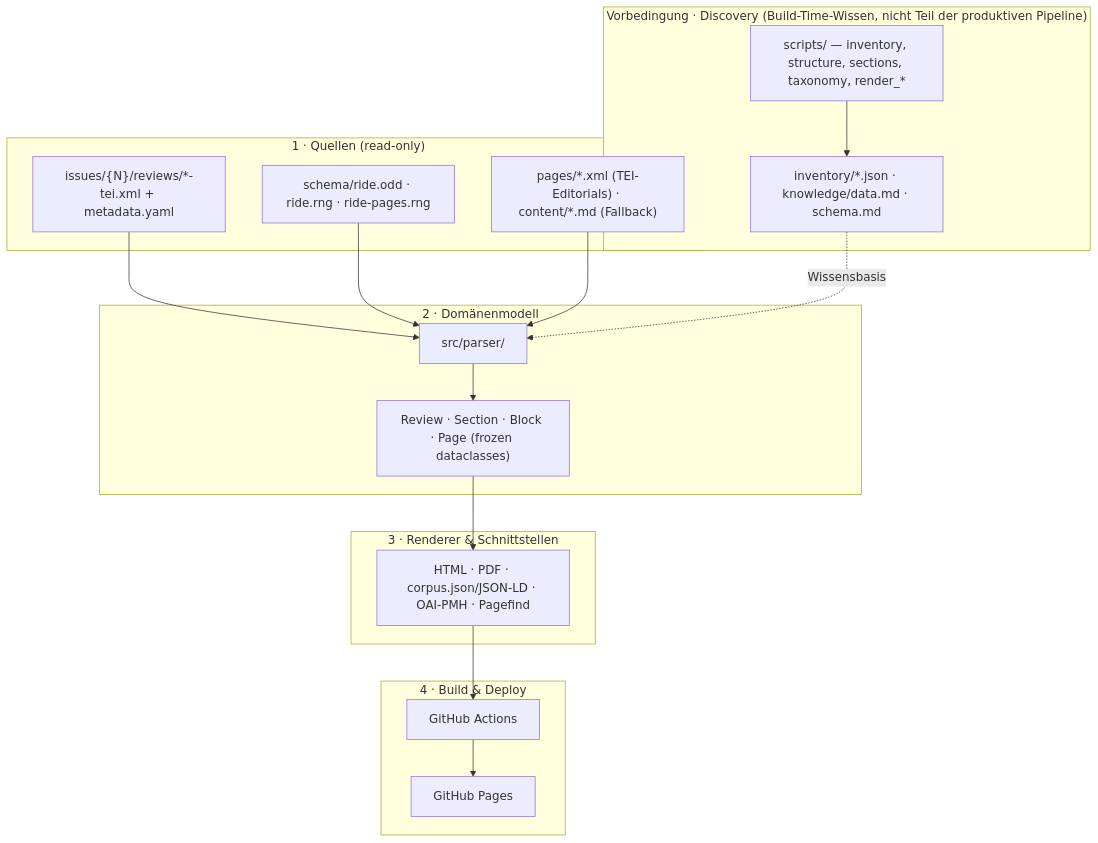
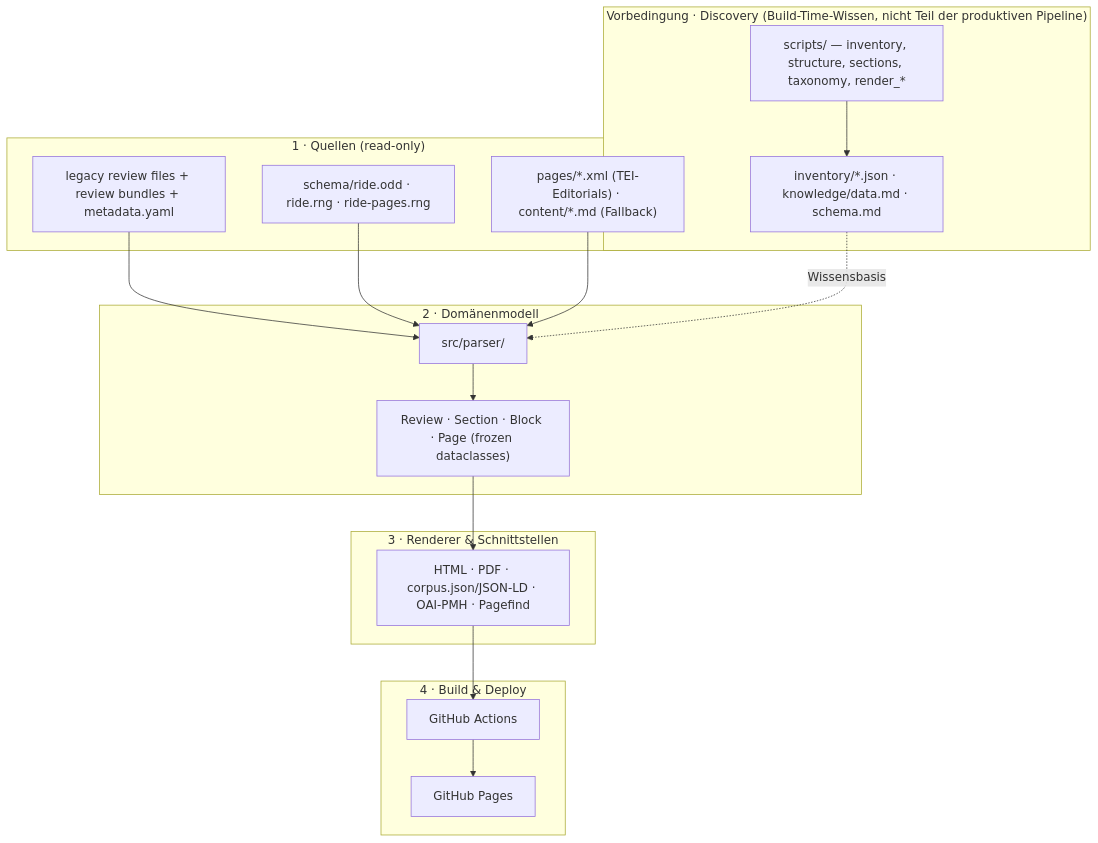
Before and after one commit to i-d-e/ride-static: the diagram in knowledge/architecture.md, drawn with Mermaid. The commit also changed other lines of this file and 78 other files, not shown here.

````diff
--- a/knowledge/architecture.md
+++ b/knowledge/architecture.md
@@ -100,25 +101,25 @@
 ```mermaid
 flowchart TB
     subgraph PRE["Vorbedingung · Discovery (Build-Time-Wissen, nicht Teil der produktiven Pipeline)"]
         SCRIPTS["scripts/ — inventory, structure, sections, taxonomy, render_*"] --> INV["inventory/*.json · knowledge/data.md · schema.md"]
     end
     subgraph S["1 · Quellen (read-only)"]
-        TEI["issues/{N}/reviews/*-tei.xml + metadata.yaml"]
+        TEI["legacy review files + review bundles + metadata.yaml"]
         SCHEMA["schema/ride.odd · ride.rng · ride-pages.rng"]
         PAGES["pages/*.xml (TEI-Editorials) · content/*.md (Fallback)"]
     end
     subgraph M["2 · Domänenmodell"]
         PARSER["src/parser/"] --> MODEL["Review · Section · Block · Page (frozen dataclasses)"]
     end
     subgraph R["3 · Renderer & Schnittstellen"]
         OUT["HTML · PDF · corpus.json/JSON-LD · OAI-PMH · Pagefind"]
     end
     subgraph B["4 · Build & Deploy"]
         GHA["GitHub Actions"] --> GHP["GitHub Pages"]
     end
     TEI --> PARSER
     SCHEMA --> PARSER
     PAGES --> PARSER
     MODEL --> OUT --> GHA
     INV -. Wissensbasis .-> PARSER
 ```
````
